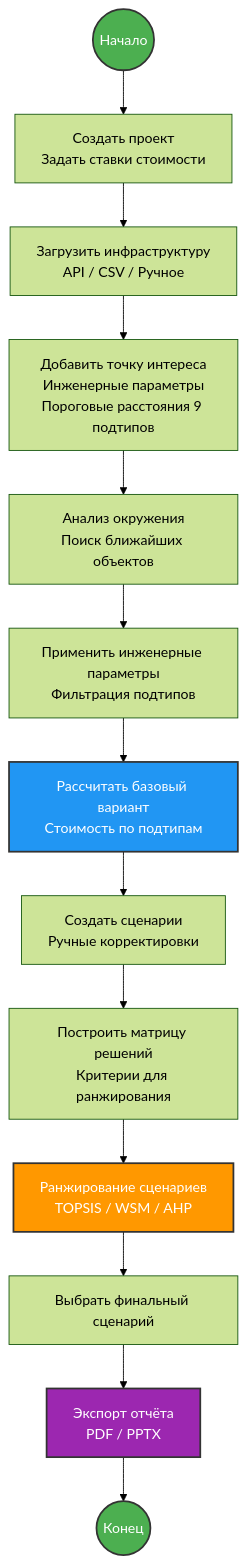
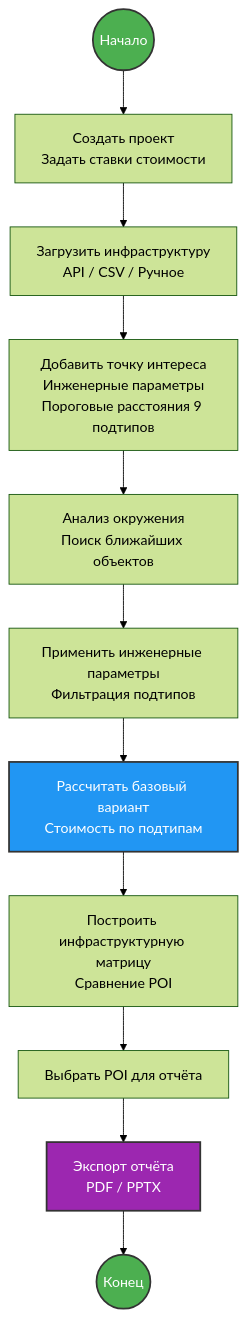
Before and after one commit to Mekcuka/Scaning: the first of 12 diagrams in docs/calculation-logic-flow.md, drawn with Mermaid (forest theme). The commit also changed other lines of this file and 121 other files, not shown here.

````diff
--- a/docs/calculation-logic-flow.md
+++ b/docs/calculation-logic-flow.md
@@ -11,25 +11,22 @@
 ```mermaid
 graph TD
     START((Начало)) --> CreateProject
     CreateProject[Создать проект<br>Задать ставки стоимости] --> LoadInfrastructure
     LoadInfrastructure[Загрузить инфраструктуру<br>API / CSV / Ручное] --> AddPOI
     AddPOI[Добавить точку интереса<br>Инженерные параметры<br>Пороговые расстояния 9 подтипов] --> AnalyzeEnvironment
     AnalyzeEnvironment[Анализ окружения<br>Поиск ближайших объектов] --> ApplyParameters
     ApplyParameters[Применить инженерные параметры<br>Фильтрация подтипов] --> CalculateBaseVariant
-    CalculateBaseVariant[Рассчитать базовый вариант<br>Стоимость по подтипам] --> CreateScenarios
-    CreateScenarios[Создать сценарии<br>Ручные корректировки] --> BuildMatrix
-    BuildMatrix[Построить матрицу решений<br>Критерии для ранжирования] --> RankScenarios
-    RankScenarios[Ранжирование сценариев<br>TOPSIS / WSM / AHP] --> SelectFinal
-    SelectFinal[Выбрать финальный сценарий] --> ExportReport
+    CalculateBaseVariant[Рассчитать базовый вариант<br>Стоимость по подтипам] --> BuildMatrix
+    BuildMatrix[Построить инфраструктурную матрицу<br>Сравнение POI] --> SelectPOI
+    SelectPOI[Выбрать POI для отчёта] --> ExportReport
     ExportReport[Экспорт отчёта<br>PDF / PPTX] --> END((Конец))
 
     classDef startend fill:#4CAF50,stroke:#333,stroke-width:2px,color:#fff
     classDef primary fill:#2196F3,stroke:#333,stroke-width:2px,color:#fff
     classDef warning fill:#FF9800,stroke:#333,stroke-width:2px,color:#fff
     classDef purple fill:#9C27B0,stroke:#333,stroke-width:2px,color:#fff
 
     class START,END startend
     class CalculateBaseVariant primary
-    class RankScenarios warning
     class ExportReport purple
 ```
````
